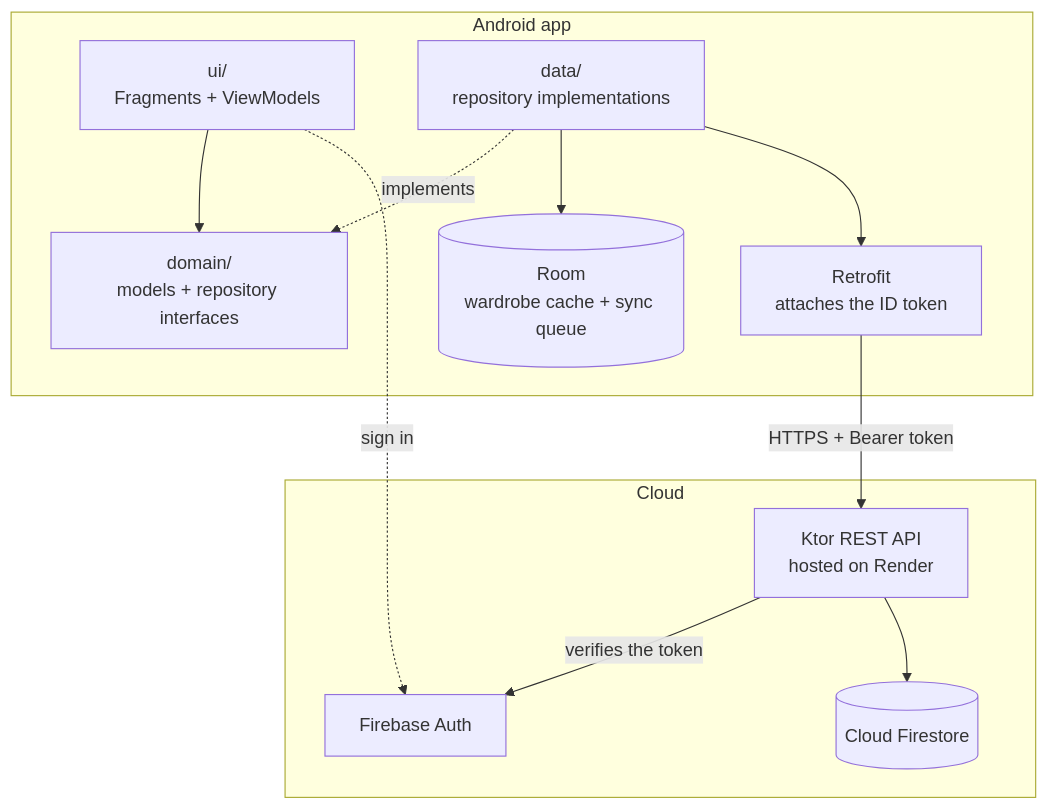
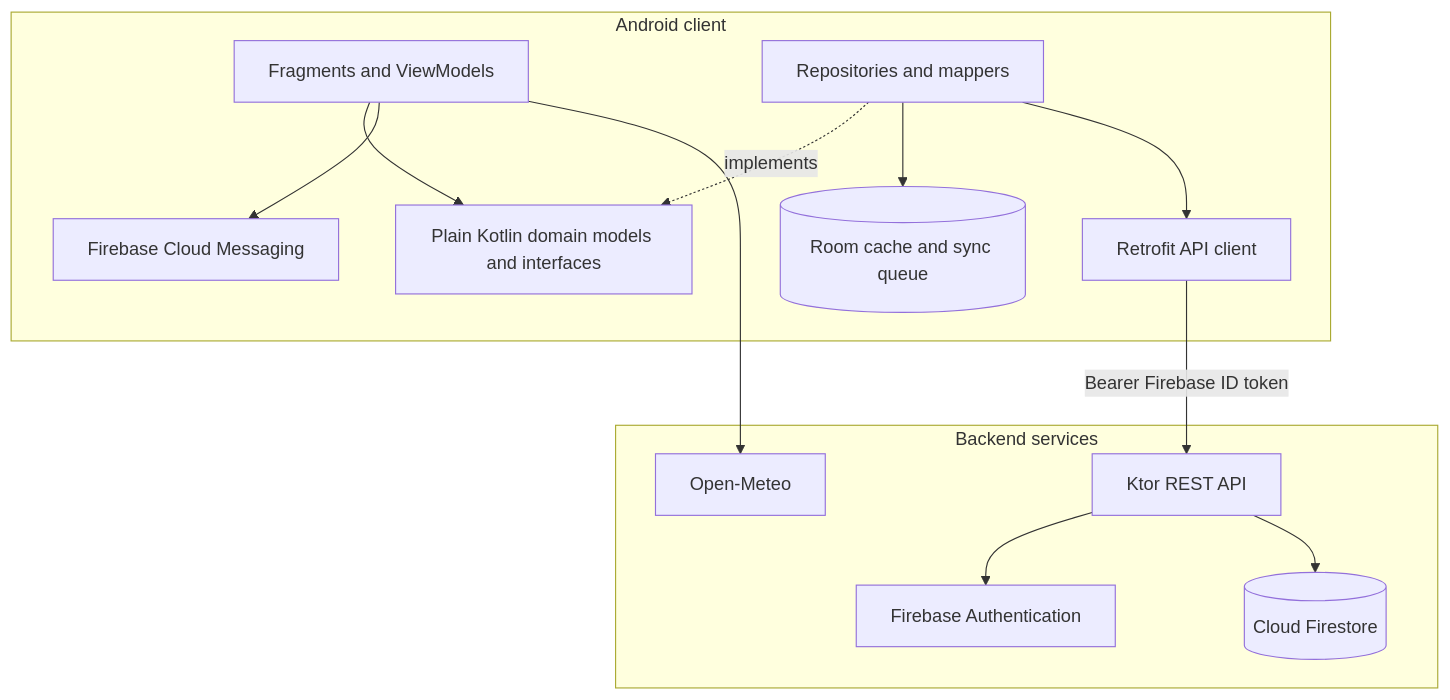
Before and after one commit to CherubimEstologa2875/prog7314_poe_temp: the diagram in README.md, drawn with Mermaid. The commit also changed other lines of this file and 1 other file, not shown here.

````diff
--- a/README.md
+++ b/README.md
@@ -93,25 +56,26 @@
 ```mermaid
 flowchart TB
-    subgraph phone["Android app"]
-        UI["ui/<br/>Fragments + ViewModels"]
-        DOMAIN["domain/<br/>models + repository interfaces"]
-        DATA["data/<br/>repository implementations"]
-        ROOM[("Room<br/>wardrobe cache + sync queue")]
-        RETRO["Retrofit<br/>attaches the ID token"]
+    subgraph phone[Android client]
+        UI[Fragments and ViewModels]
+        DOMAIN[Plain Kotlin domain models and interfaces]
+        DATA[Repositories and mappers]
+        ROOM[(Room cache and sync queue)]
+        RETRO[Retrofit API client]
+        FCM[Firebase Cloud Messaging]
     end
-
-    subgraph cloud["Cloud"]
-        API["Ktor REST API<br/>hosted on Render"]
-        FS[("Cloud Firestore")]
-        AUTH["Firebase Auth"]
+    subgraph cloud[Backend services]
+        API[Ktor REST API]
+        FS[(Cloud Firestore)]
+        AUTH[Firebase Authentication]
+        WEATHER[Open-Meteo]
     end
-
     UI --> DOMAIN
     DATA -. implements .-> DOMAIN
     DATA --> ROOM
     DATA --> RETRO
-    RETRO -->|"HTTPS + Bearer token"| API
-    API -->|"verifies the token"| AUTH
+    RETRO -->|Bearer Firebase ID token| API
+    API --> AUTH
     API --> FS
-    UI -.->|"sign in"| AUTH
+    UI --> FCM
+    UI --> WEATHER
 ```
````
